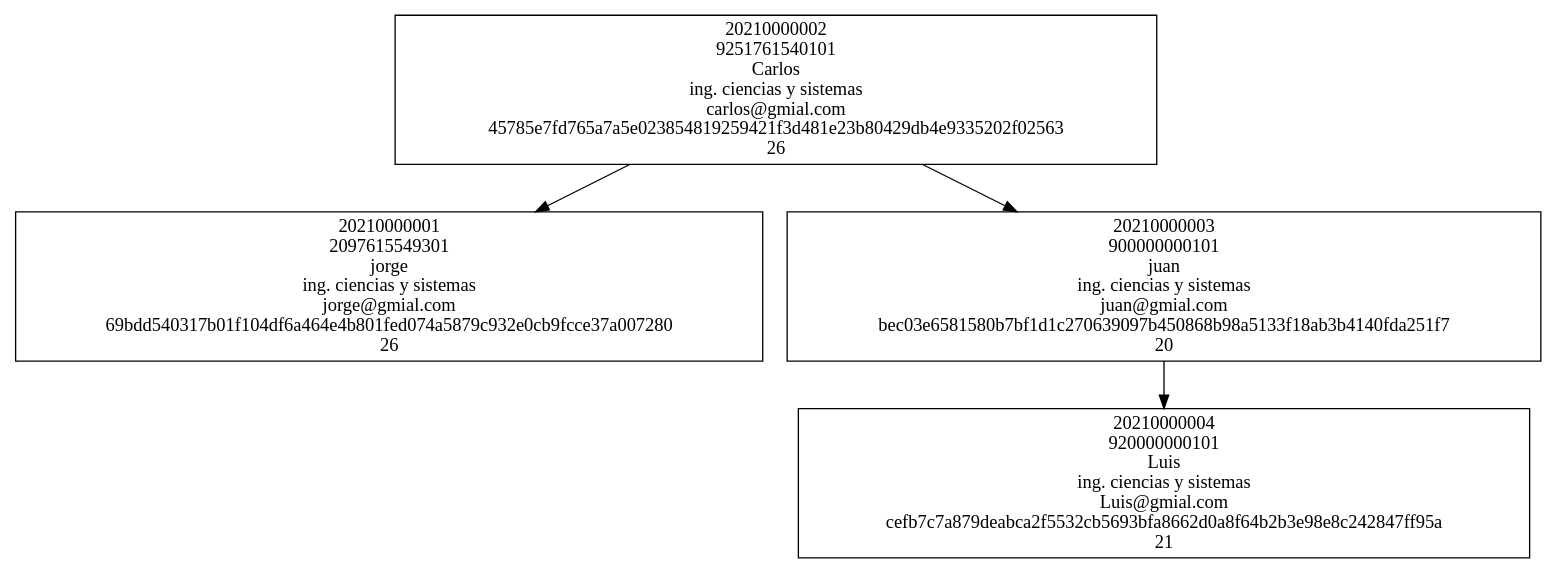
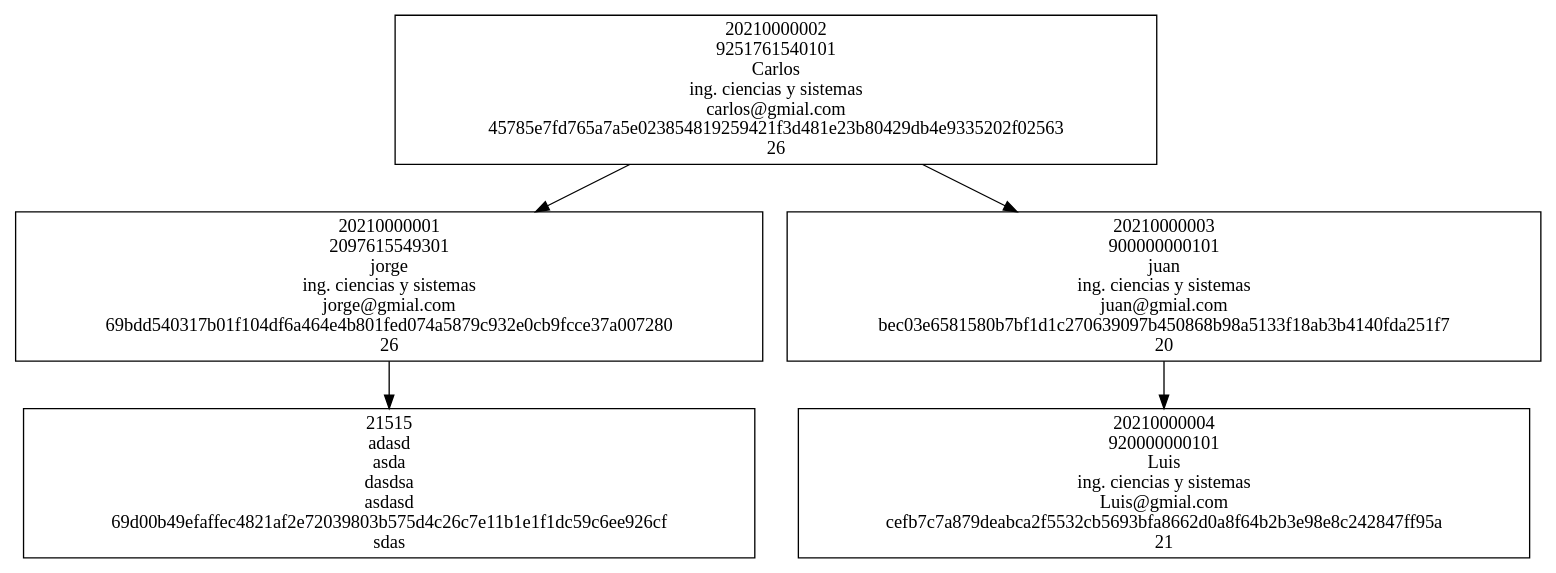
The diagram in EDD_SmartClass_201901907_/Fase3/AVLDes.dot (Byron-Estuardo/EDD_SmartClass_201901907), drawn with Graphviz before and after one commit. The commit also changed 29 other files, not shown here.

```diff
--- a/EDD_SmartClass_201901907_/Fase3/AVLDes.dot
+++ b/EDD_SmartClass_201901907_/Fase3/AVLDes.dot
@@ -1,35 +1,43 @@
 digraph arbol {
 node[shape = "box"]
 n20210000002[label= "20210000002
 9251761540101
 Carlos
 ing. ciencias y sistemas
 carlos@gmial.com
 45785e7fd765a7a5e023854819259421f3d481e23b80429db4e9335202f02563
 26"];
 n20210000001[label= "20210000001
 2097615549301
 jorge
 ing. ciencias y sistemas
 jorge@gmial.com
 69bdd540317b01f104df6a464e4b801fed074a5879c932e0cb9fcce37a007280
 26"];
+n21515[label= "21515
+adasd
+asda
+dasdsa
+asdasd
+69d00b49efaffec4821af2e72039803b575d4c26c7e11b1e1f1dc59c6ee926cf
+sdas"];
 n20210000003[label= "20210000003
 900000000101
 juan
 ing. ciencias y sistemas
 juan@gmial.com
 bec03e6581580b7bf1d1c270639097b450868b98a5133f18ab3b4140fda251f7
 20"];
 n20210000004[label= "20210000004
 920000000101
 Luis
 ing. ciencias y sistemas
 Luis@gmial.com
 cefb7c7a879deabca2f5532cb5693bfa8662d0a8f64b2b3e98e8c242847ff95a
 21"];
 
 n20210000002 -> n20210000001
 n20210000002 -> n20210000003
+n20210000001 -> n21515
 n20210000003 -> n20210000004
 }
```
